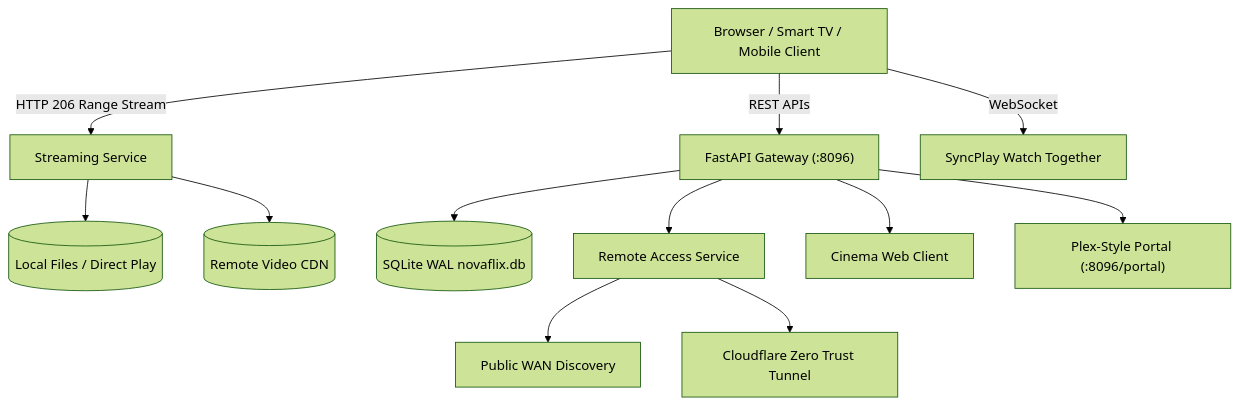
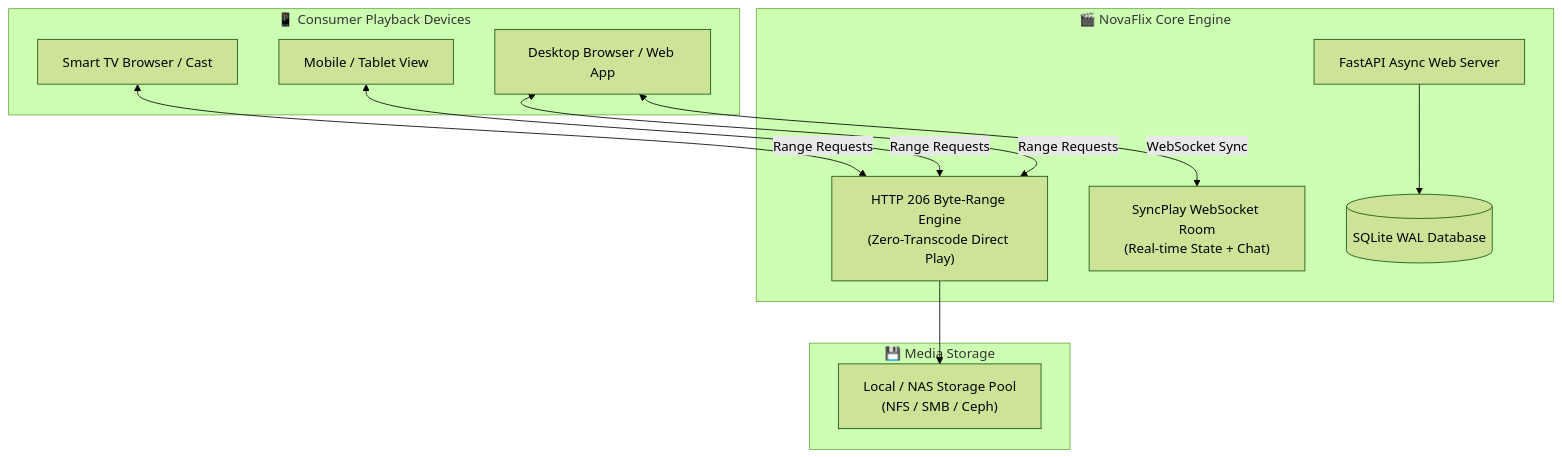
One commit to digdast/novaflix changed the diagram in README.md. Above: the diagram before and after it, drawn with Mermaid (forest theme). The commit also changed other lines of this file and 1 other file, not shown here.

Commit message:
docs: beautify NovaFlix documentation with live streaming catalog preview and architecture diagram

````diff
--- a/README.md
+++ b/README.md
@@ -104,18 +41,26 @@
 ```mermaid
-graph TD
-    Client["Browser / Smart TV / Mobile Client"] -->|"HTTP 206 Range Stream"| StreamEngine["Streaming Service"]
-    Client -->|"REST APIs"| APIGateway["FastAPI Gateway (:8096)"]
-    Client -->|"WebSocket"| SyncPlay["SyncPlay Watch Together"]
-    
-    APIGateway --> Database[("SQLite WAL novaflix.db")]
-    APIGateway --> RemoteService["Remote Access Service"]
-    
-    RemoteService --> PublicIP["Public WAN Discovery"]
-    RemoteService --> CloudflareTunnel["Cloudflare Zero Trust Tunnel"]
-    
-    StreamEngine --> LocalMedia[("Local Files / Direct Play")]
-    StreamEngine --> RemoteCDN[("Remote Video CDN")]
-    
-    APIGateway --> CinemaUI["Cinema Web Client"]
-    APIGateway --> DownloadPortal["Plex-Style Portal (:8096/portal)"]
+flowchart TD
+    subgraph Clients ["📱 Consumer Playback Devices"]
+        Desktop["Desktop Browser / Web App"]
+        Mobile["Mobile / Tablet View"]
+        TV["Smart TV Browser / Cast"]
+    end
+
+    subgraph NovaFlixServer ["🎬 NovaFlix Core Engine"]
+        FastAPI["FastAPI Async Web Server"]
+        Streamer["HTTP 206 Byte-Range Engine\n(Zero-Transcode Direct Play)"]
+        SyncPlay["SyncPlay WebSocket Room\n(Real-time State + Chat)"]
+        DB[(SQLite WAL Database)]
+    end
+
+    subgraph Storage ["💾 Media Storage"]
+        NAS["Local / NAS Storage Pool\n(NFS / SMB / Ceph)"]
+    end
+
+    Desktop <-->|Range Requests| Streamer
+    Mobile <-->|Range Requests| Streamer
+    TV <-->|Range Requests| Streamer
+    Desktop <-->|WebSocket Sync| SyncPlay
+    FastAPI --> DB
+    Streamer --> NAS
 ```
````
